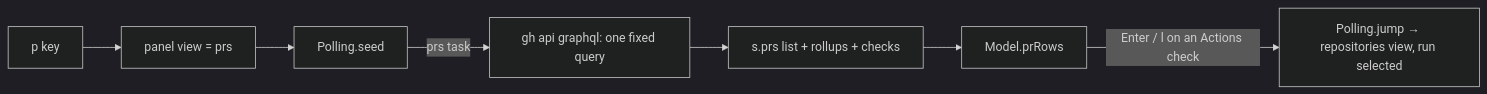
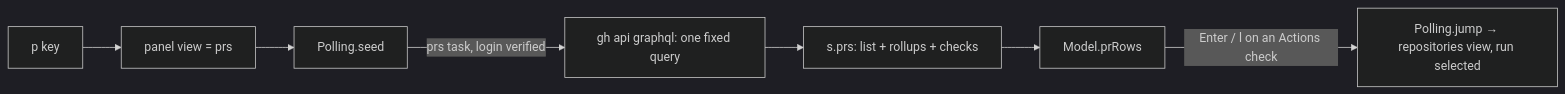
One commit to olafkfreund/nixarchy-ghtui changed the diagram in spec/2026-11-22-63-pr-checks.md. Above: the diagram before and after it, drawn with Mermaid (dark theme). The commit also changed other lines of this file, not shown here.

First line of the commit message:
docs(spec): address Codex and agy review of 2026-11-22-63-pr-checks (#63)

````diff
--- a/spec/2026-11-22-63-pr-checks.md
+++ b/spec/2026-11-22-63-pr-checks.md
@@ -40,9 +40,9 @@
 ```mermaid
 flowchart LR
   P[p key] --> V[panel view = prs]
   V --> S[Polling.seed]
-  S -->|prs task| G[gh api graphql: one fixed query]
-  G --> L[s.prs list + rollups + checks]
+  S -->|prs task, login verified| G[gh api graphql: one fixed query]
+  G --> L[s.prs: list + rollups + checks]
   L --> R[Model.prRows]
   R -->|Enter / l on an Actions check| J[Polling.jump → repositories view, run selected]
 ```
````
